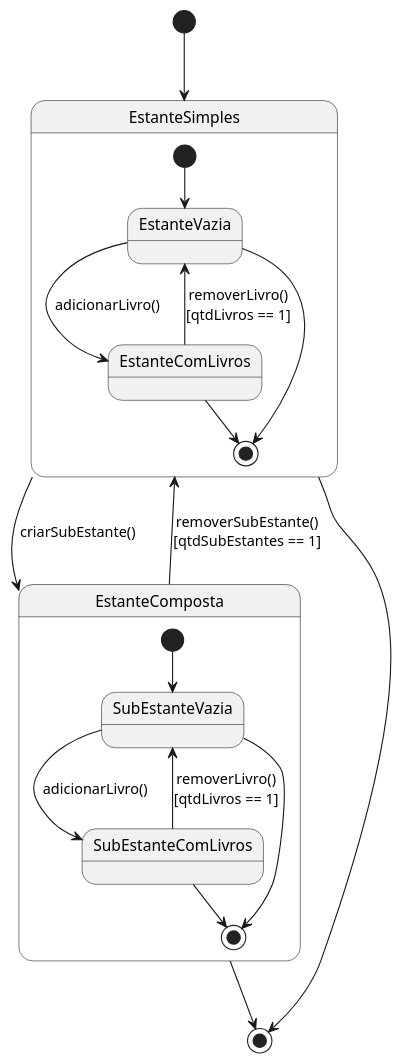
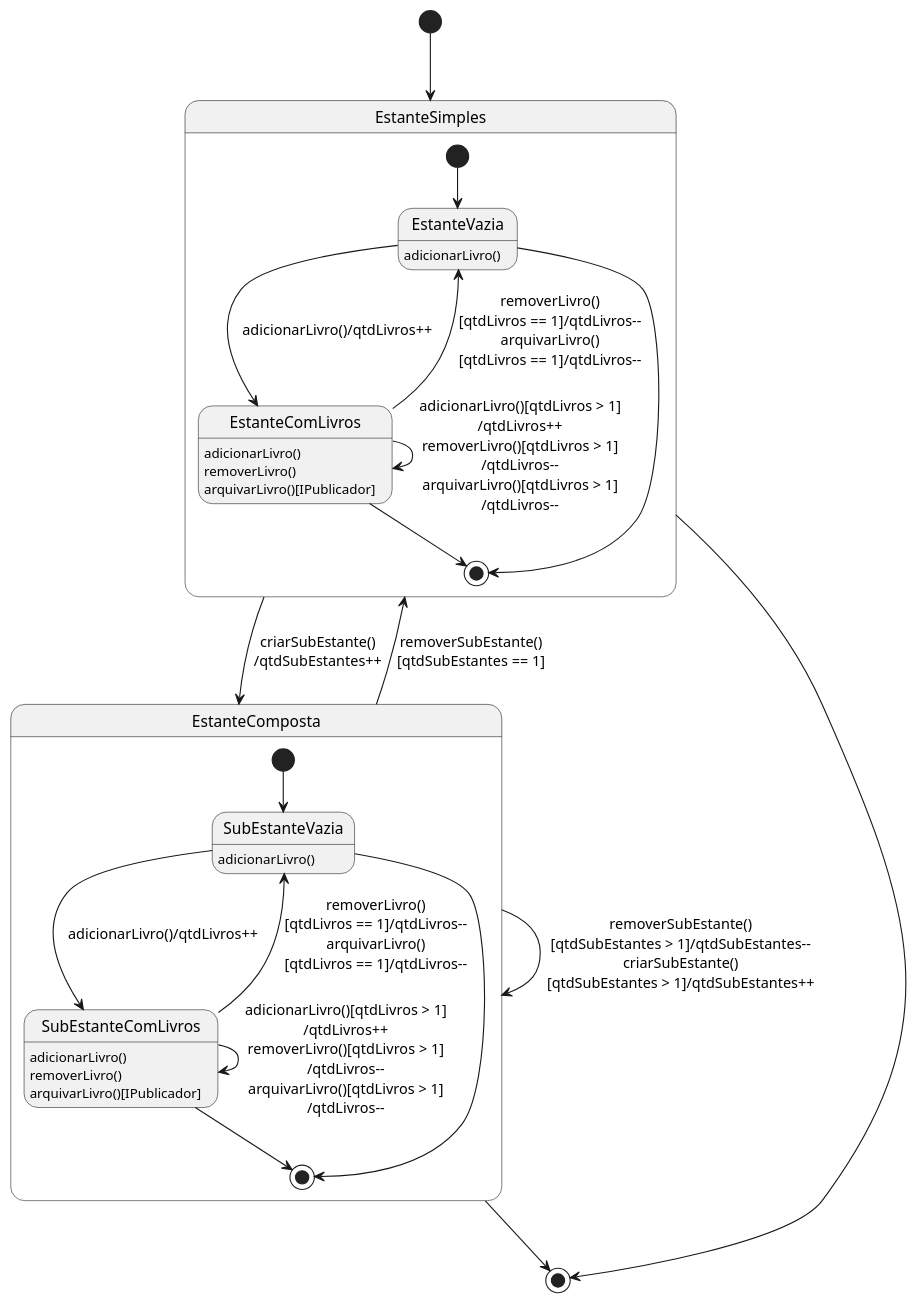
Before and after one commit to jalv21/iLib: the diagram in docs/codigo-plantuml/diagramas-estados/dte-estante-comum.puml, drawn with PlantUML.

Commit message:
docs/aprimorando DTE de estante comum

```diff
--- a/docs/codigo-plantuml/diagramas-estados/dte-estante-comum.puml
+++ b/docs/codigo-plantuml/diagramas-estados/dte-estante-comum.puml
@@ -1,30 +1,45 @@
 @startuml dte-estante-comum
 skinparam style strictuml
 
 [*] --> EstanteSimples
 
 state EstanteSimples {
     [*] --> EstanteVazia
-    EstanteVazia --> EstanteComLivros : adicionarLivro()
-    EstanteComLivros --> EstanteVazia : removerLivro()\n[qtdLivros == 1]
+    EstanteVazia : adicionarLivro()
+    EstanteVazia --> EstanteComLivros : adicionarLivro()/qtdLivros++
+    
+    EstanteComLivros : adicionarLivro()
+    EstanteComLivros : removerLivro()
+    EstanteComLivros : arquivarLivro()[IPublicador]
+    EstanteComLivros --> EstanteVazia : removerLivro()\n[qtdLivros == 1]/qtdLivros--\narquivarLivro()\n[qtdLivros == 1]/qtdLivros--
+
+    EstanteComLivros --> EstanteComLivros : adicionarLivro()[qtdLivros > 1]\n/qtdLivros++\nremoverLivro()[qtdLivros > 1]\n/qtdLivros--\narquivarLivro()[qtdLivros > 1]\n/qtdLivros--
 
     EstanteVazia --> [*]
     EstanteComLivros --> [*]    
 }
 
-EstanteSimples --> EstanteComposta : criarSubEstante()
+EstanteSimples --> EstanteComposta : criarSubEstante()\n/qtdSubEstantes++
 
 state EstanteComposta {
     [*] --> SubEstanteVazia
-    SubEstanteVazia --> SubEstanteComLivros : adicionarLivro()
-    SubEstanteComLivros --> SubEstanteVazia : removerLivro()\n[qtdLivros == 1]
+    SubEstanteVazia : adicionarLivro()
+    SubEstanteVazia --> SubEstanteComLivros : adicionarLivro()/qtdLivros++
+    SubEstanteComLivros --> SubEstanteVazia : removerLivro()\n[qtdLivros == 1]/qtdLivros--\narquivarLivro()\n[qtdLivros == 1]/qtdLivros--
+
+    SubEstanteComLivros : adicionarLivro()
+    SubEstanteComLivros : removerLivro()
+    SubEstanteComLivros : arquivarLivro()[IPublicador]
+
+    SubEstanteComLivros --> SubEstanteComLivros : adicionarLivro()[qtdLivros > 1]\n/qtdLivros++\nremoverLivro()[qtdLivros > 1]\n/qtdLivros--\narquivarLivro()[qtdLivros > 1]\n/qtdLivros--
 
     SubEstanteVazia --> [*]
     SubEstanteComLivros --> [*]
 }
 
+EstanteComposta --> EstanteComposta : removerSubEstante()\n[qtdSubEstantes > 1]/qtdSubEstantes--\ncriarSubEstante()\n[qtdSubEstantes > 1]/qtdSubEstantes++
 EstanteComposta --> EstanteSimples : removerSubEstante()\n[qtdSubEstantes == 1]
 
 EstanteComposta --> [*]
 EstanteSimples --> [*]
 @enduml
```
